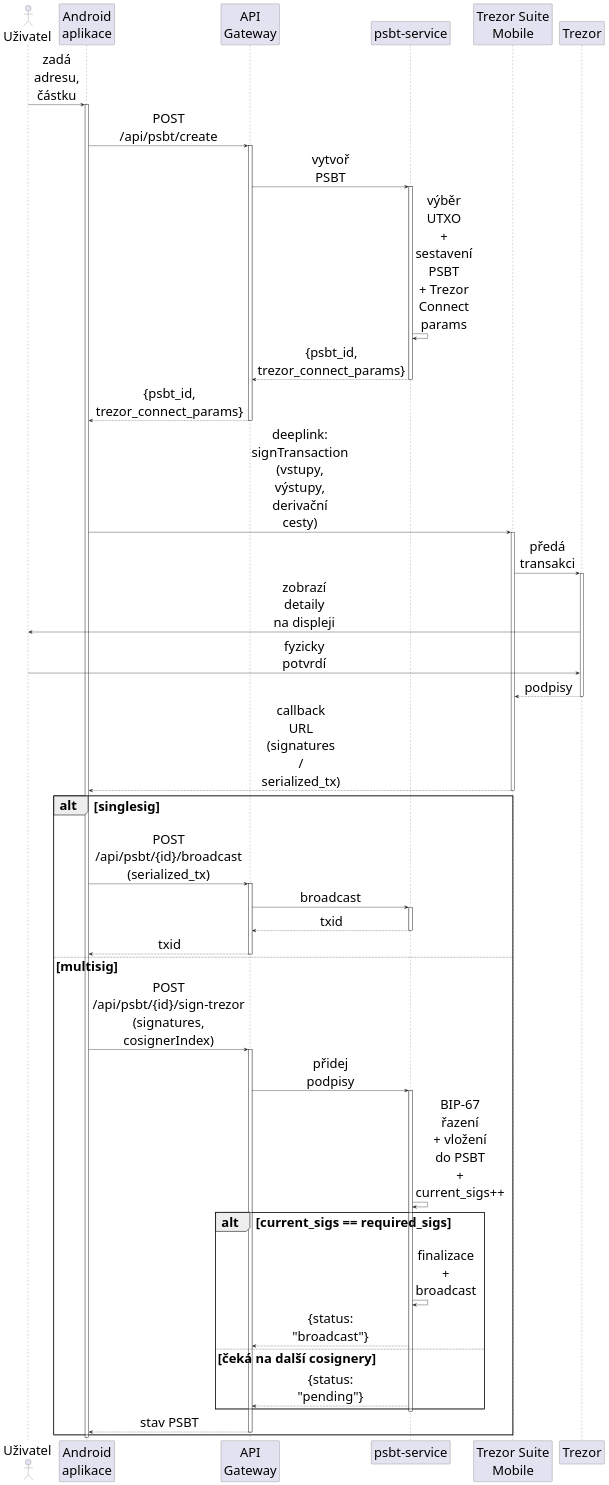
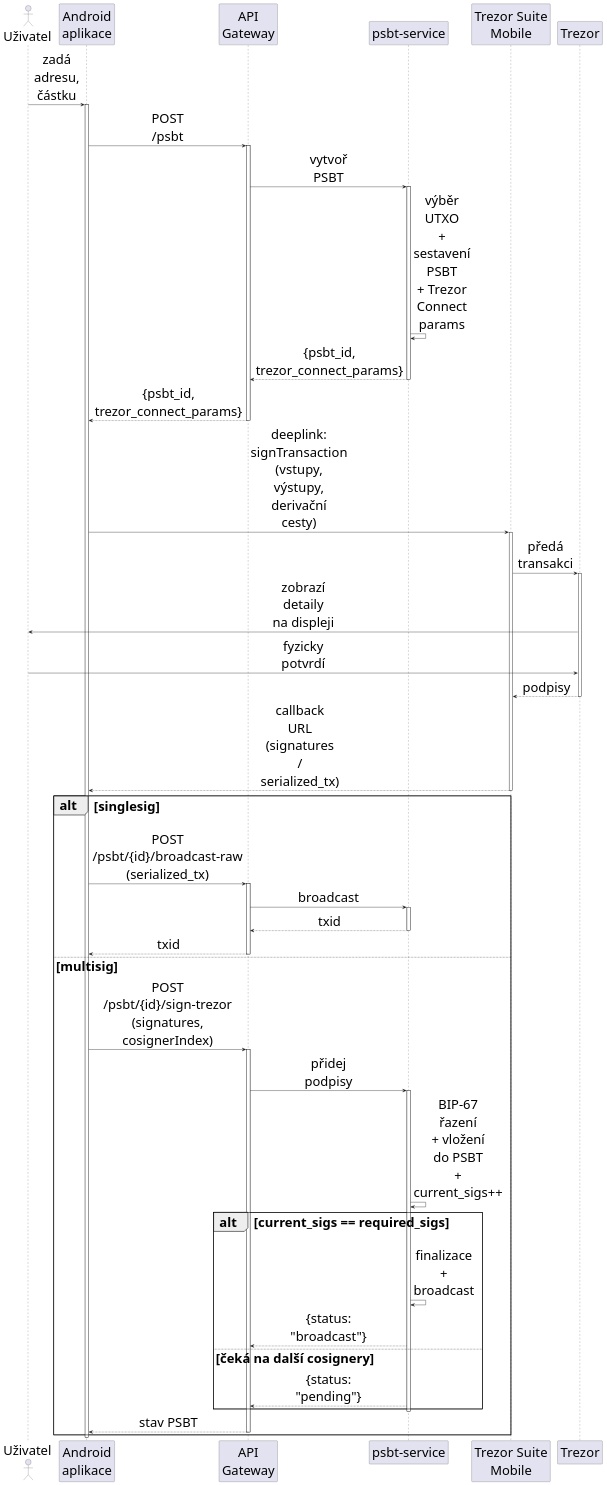
Before and after one commit to Majny/bitcoin-multisig-wallet: the diagram in DOCS/thesis/img/trezor-signing.puml, drawn with PlantUML. The commit also changed 19 other files, not shown here.

Commit message:
[docs] refresh thesis diagram

```diff
--- a/DOCS/thesis/img/trezor-signing.puml
+++ b/DOCS/thesis/img/trezor-signing.puml
@@ -1,71 +1,71 @@
 @startuml
 skinparam backgroundColor white
 skinparam shadowing false
 skinparam defaultFontSize 36
 skinparam ParticipantPadding 5
 skinparam BoxPadding 5
 skinparam minClassWidth 10
 skinparam padding 1
 skinparam sequenceMessageAlign center
 skinparam maxMessageSize 180
 
 actor "Uživatel" as user
 participant "Android\naplikace" as app
 participant "API\nGateway" as gw
 participant "psbt-service" as psbt
 participant "Trezor Suite\nMobile" as tsm
 participant "Trezor" as hw
 
 user -> app : zadá adresu, částku
 activate app
 
-app -> gw : POST /api/psbt/create
+app -> gw : POST /psbt
 activate gw
 gw -> psbt : vytvoř PSBT
 activate psbt
 psbt -> psbt : výběr UTXO\n+ sestavení PSBT\n+ Trezor Connect params
 psbt --> gw : {psbt_id, trezor_connect_params}
 deactivate psbt
 gw --> app : {psbt_id, trezor_connect_params}
 deactivate gw
 
 app -> tsm : deeplink: signTransaction\n(vstupy, výstupy, derivační cesty)
 activate tsm
 tsm -> hw : předá transakci
 activate hw
 hw -> user : zobrazí detaily\nna displeji
 user -> hw : fyzicky potvrdí
 hw --> tsm : podpisy
 deactivate hw
 tsm --> app : callback URL\n(signatures / serialized_tx)
 deactivate tsm
 
 alt singlesig
-    app -> gw : POST /api/psbt/{id}/broadcast\n(serialized_tx)
+    app -> gw : POST /psbt/{id}/broadcast-raw\n(serialized_tx)
     activate gw
     gw -> psbt : broadcast
     activate psbt
     psbt --> gw : txid
     deactivate psbt
     gw --> app : txid
     deactivate gw
 else multisig
-    app -> gw : POST /api/psbt/{id}/sign-trezor\n(signatures, cosignerIndex)
+    app -> gw : POST /psbt/{id}/sign-trezor\n(signatures, cosignerIndex)
     activate gw
     gw -> psbt : přidej podpisy
     activate psbt
     psbt -> psbt : BIP-67 řazení\n+ vložení do PSBT\n+ current_sigs++
     alt current_sigs == required_sigs
         psbt -> psbt : finalizace + broadcast
         psbt --> gw : {status: "broadcast"}
     else čeká na další cosignery
         psbt --> gw : {status: "pending"}
     end
     deactivate psbt
     gw --> app : stav PSBT
     deactivate gw
 end
 
 deactivate app
 
 @enduml
```
